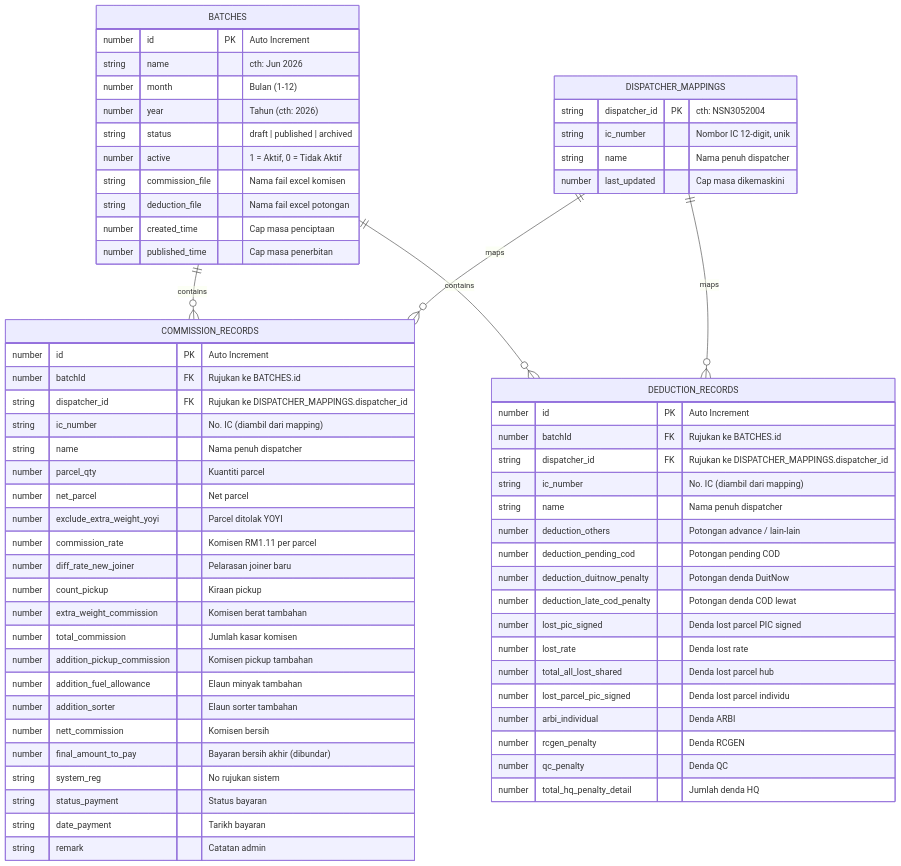
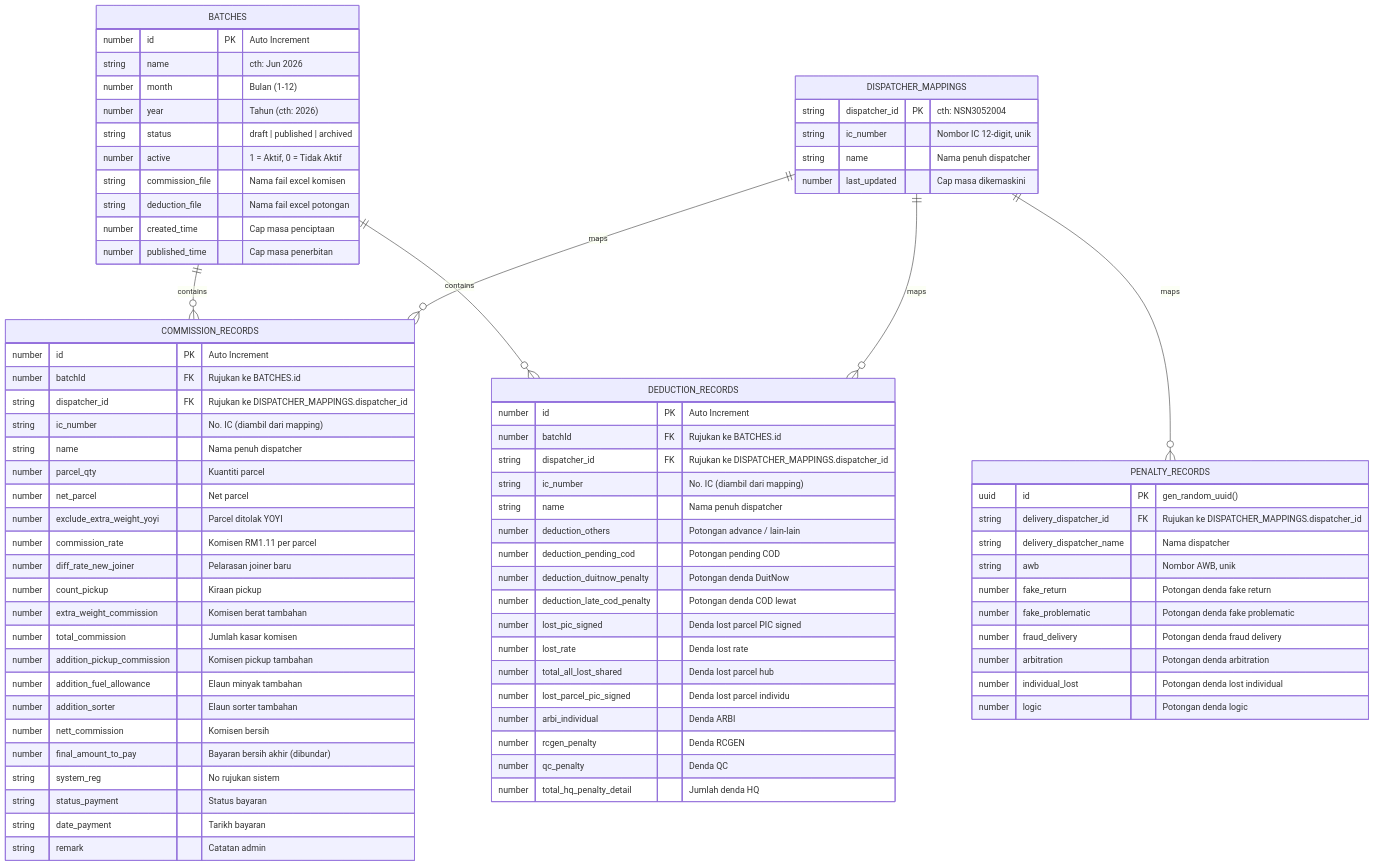
The diagram in ERD.md (yukijim/mawar-teraju-commission-system), drawn with Mermaid before and after one commit. The commit also changed 17 other files, not shown here.

````diff
--- a/ERD.md
+++ b/ERD.md
@@ -73,8 +73,22 @@
         number total_hq_penalty_detail "Jumlah denda HQ"
     }
 
+    PENALTY_RECORDS {
+        uuid id PK "gen_random_uuid()"
+        string delivery_dispatcher_id FK "Rujukan ke DISPATCHER_MAPPINGS.dispatcher_id"
+        string delivery_dispatcher_name "Nama dispatcher"
+        string awb "Nombor AWB, unik"
+        number fake_return "Potongan denda fake return"
+        number fake_problematic "Potongan denda fake problematic"
+        number fraud_delivery "Potongan denda fraud delivery"
+        number arbitration "Potongan denda arbitration"
+        number individual_lost "Potongan denda lost individual"
+        number logic "Potongan denda logic"
+    }
+
     BATCHES ||--o{ COMMISSION_RECORDS : "contains"
     BATCHES ||--o{ DEDUCTION_RECORDS : "contains"
     DISPATCHER_MAPPINGS ||--o{ COMMISSION_RECORDS : "maps"
     DISPATCHER_MAPPINGS ||--o{ DEDUCTION_RECORDS : "maps"
+    DISPATCHER_MAPPINGS ||--o{ PENALTY_RECORDS : "maps"
 ```
````
